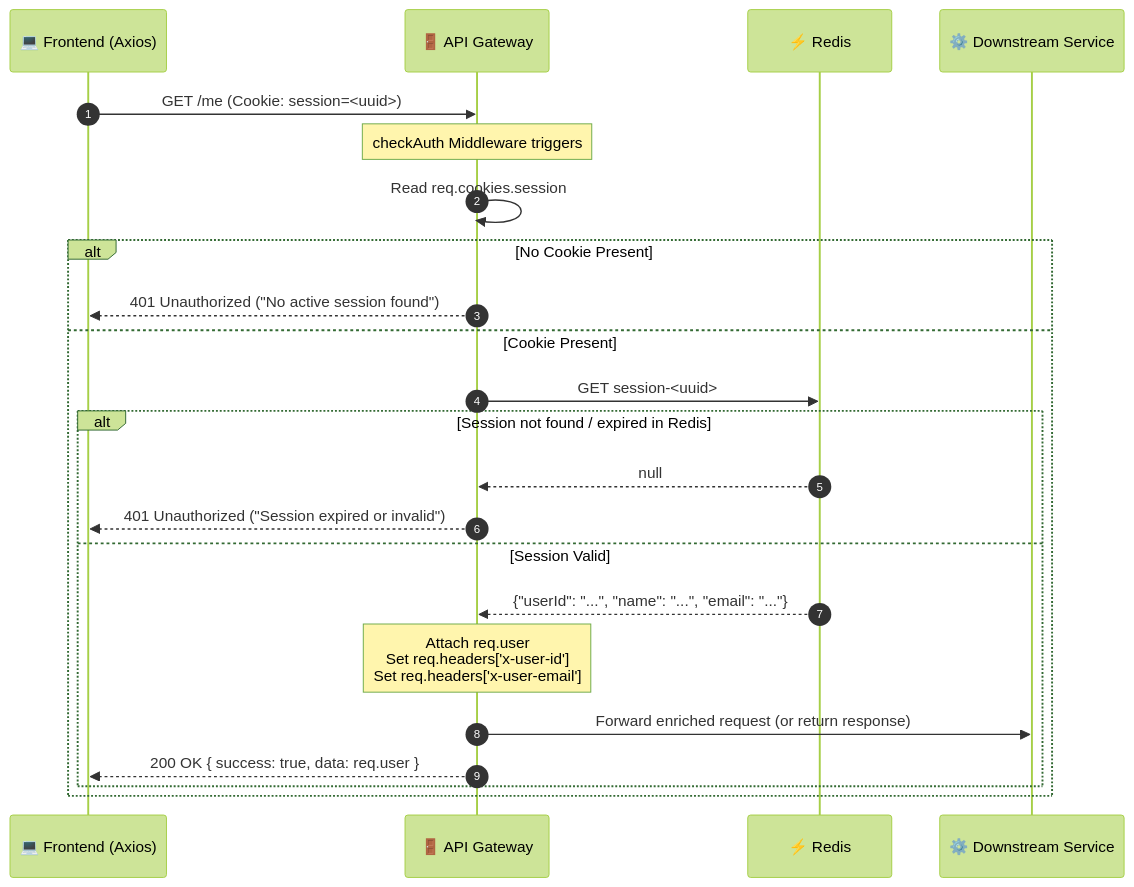
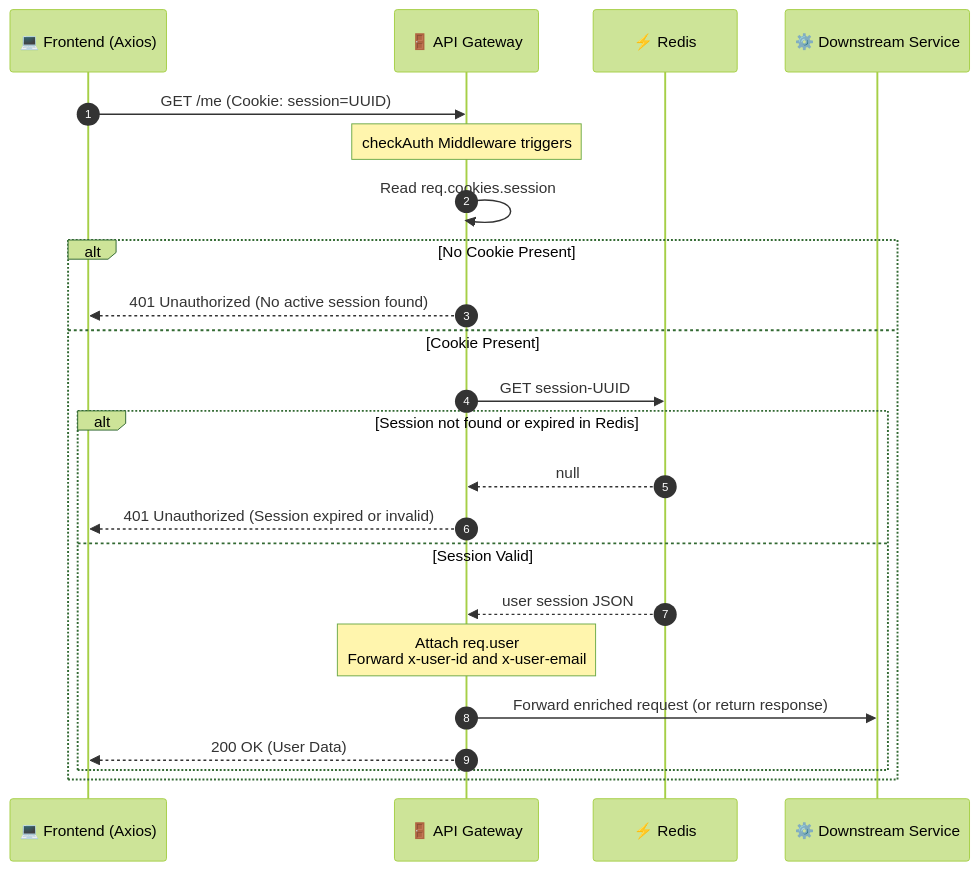
Before and after one commit to itscoderprince/Multi-Agent-AI: the third of 3 diagrams in README.md, drawn with Mermaid (forest theme). The commit also changed other lines of this file and 1 other file, not shown here.

Commit message:
docs: fix mermaid syntax in sequence diagrams

````diff
--- a/README.md
+++ b/README.md
@@ -170,26 +170,26 @@
 ```mermaid
 sequenceDiagram
     autonumber
     participant React as 💻 Frontend (Axios)
     participant Gateway as 🚪 API Gateway
     participant Redis as ⚡ Redis
     participant Microservice as ⚙️ Downstream Service
 
-    React->>Gateway: GET /me (Cookie: session=<uuid>)
+    React->>Gateway: GET /me (Cookie: session=UUID)
     Note over Gateway: checkAuth Middleware triggers
     Gateway->>Gateway: Read req.cookies.session
     alt No Cookie Present
-        Gateway-->>React: 401 Unauthorized ("No active session found")
+        Gateway-->>React: 401 Unauthorized (No active session found)
     else Cookie Present
-        Gateway->>Redis: GET session-<uuid>
-        alt Session not found / expired in Redis
+        Gateway->>Redis: GET session-UUID
+        alt Session not found or expired in Redis
             Redis-->>Gateway: null
-            Gateway-->>React: 401 Unauthorized ("Session expired or invalid")
+            Gateway-->>React: 401 Unauthorized (Session expired or invalid)
         else Session Valid
-            Redis-->>Gateway: {"userId": "...", "name": "...", "email": "..."}
-            Note over Gateway: Attach req.user<br/>Set req.headers['x-user-id']<br/>Set req.headers['x-user-email']
+            Redis-->>Gateway: user session JSON
+            Note over Gateway: Attach req.user<br/>Forward x-user-id and x-user-email
             Gateway->>Microservice: Forward enriched request (or return response)
-            Gateway-->>React: 200 OK { success: true, data: req.user }
+            Gateway-->>React: 200 OK (User Data)
         end
     end
 ```
````
